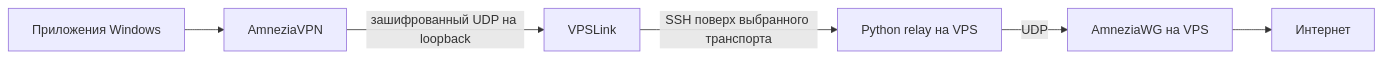
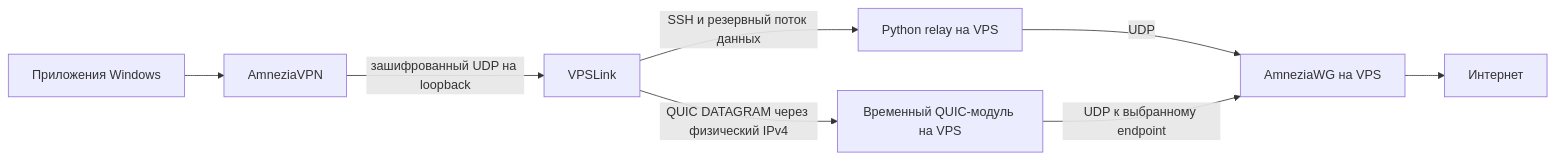
One commit to JOOOOOJA/VPSLink changed the diagram in README.md. Above: the diagram before and after it, drawn with Mermaid. The commit also changed other lines of this file and 29 other files, not shown here.

````diff
--- a/README.md
+++ b/README.md
@@ -38,8 +39,10 @@
 ```mermaid
 flowchart LR
     Apps[Приложения Windows] --> AWG[AmneziaVPN]
     AWG -->|зашифрованный UDP на loopback| Link[VPSLink]
-    Link -->|SSH поверх выбранного транспорта| Relay[Python relay на VPS]
+    Link -->|SSH и резервный поток данных| Relay[Python relay на VPS]
+    Link -->|QUIC DATAGRAM через физический IPv4| QUIC[Временный QUIC-модуль на VPS]
     Relay -->|UDP| Server[AmneziaWG на VPS]
+    QUIC -->|UDP к выбранному endpoint| Server
     Server --> Internet[Интернет]
 ```
````
